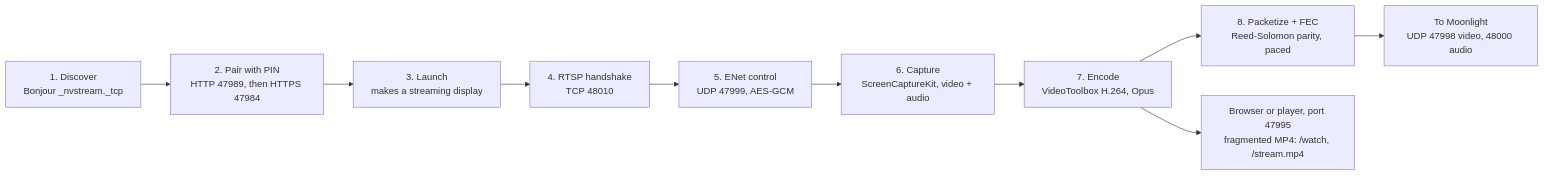
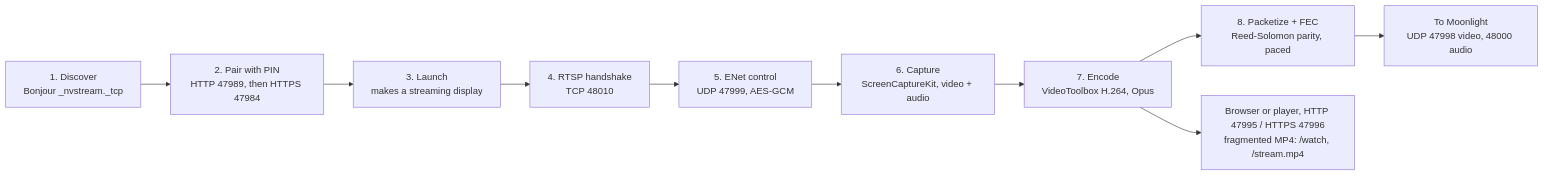
The diagram in docs/moonlight.md (mmmeon/dam), drawn with Mermaid before and after one commit. The commit also changed other lines of this file and 10 other files, not shown here.

First line of the commit message:
feat: browser stream pairing, device links, reach and HTTPS

````diff
--- a/docs/moonlight.md
+++ b/docs/moonlight.md
@@ -38,12 +58,12 @@
 ```mermaid
 flowchart LR
     A["1. Discover<br/>Bonjour _nvstream._tcp"] --> B["2. Pair with PIN<br/>HTTP 47989, then HTTPS 47984"]
     B --> C["3. Launch<br/>makes a streaming display"]
     C --> D["4. RTSP handshake<br/>TCP 48010"]
     D --> E["5. ENet control<br/>UDP 47999, AES-GCM"]
     E --> F["6. Capture<br/>ScreenCaptureKit, video + audio"]
     F --> G["7. Encode<br/>VideoToolbox H.264, Opus"]
     G --> H["8. Packetize + FEC<br/>Reed-Solomon parity, paced"]
     H --> I["To Moonlight<br/>UDP 47998 video, 48000 audio"]
-    G --> J["Browser or player, port 47995<br/>fragmented MP4: /watch, /stream.mp4"]
+    G --> J["Browser or player, HTTP 47995 / HTTPS 47996<br/>fragmented MP4: /watch, /stream.mp4"]
 ```
````
